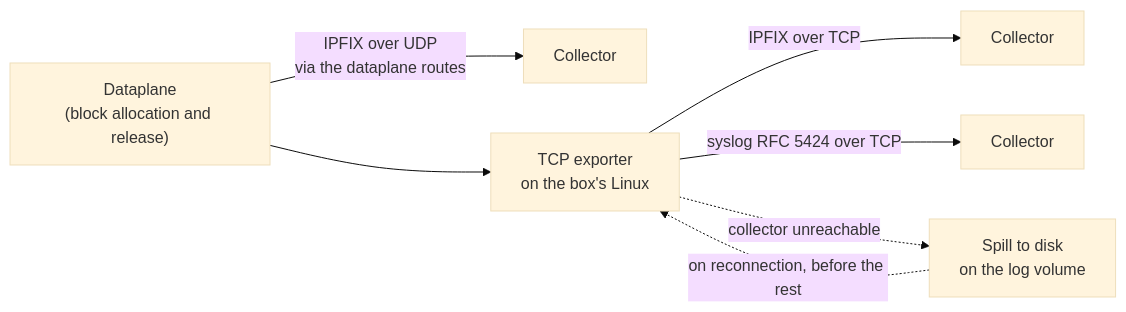
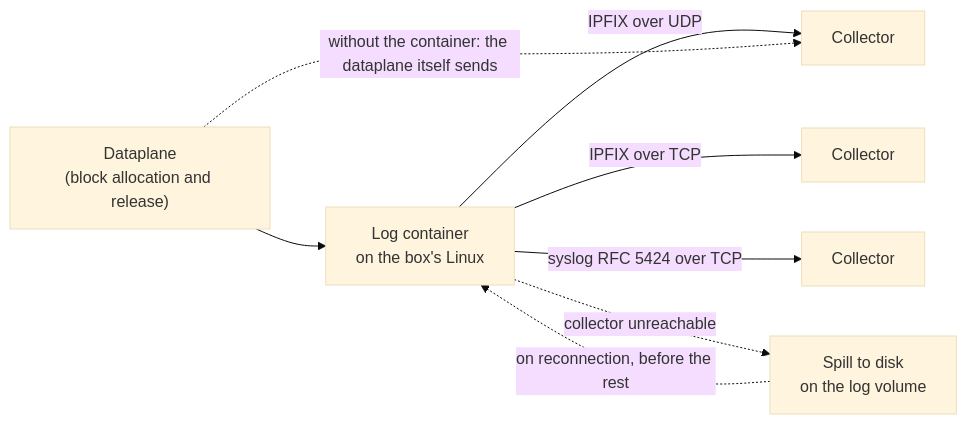
One commit to andrediashexa/prismarouting changed the first of 3 diagrams in wiki/operate/where-the-records-go-collector-transport-and-retention.md. Above: the diagram before and after it, drawn with Mermaid (base theme). The commit also changed other lines of this file and 101 other files, not shown here.

````diff
--- a/wiki/operate/where-the-records-go-collector-transport-and-retention.md
+++ b/wiki/operate/where-the-records-go-collector-transport-and-retention.md
@@ -21,9 +21,10 @@
 ```mermaid
 flowchart LR
-    DP["Dataplane<br/>(block allocation and release)"] -->|"IPFIX over UDP<br/>via the dataplane routes"| C1["Collector"]
-    DP --> EX["TCP exporter<br/>on the box's Linux"]
+    DP["Dataplane<br/>(block allocation and release)"] --> EX["Log container<br/>on the box's Linux"]
+    EX -->|"IPFIX over UDP"| C1["Collector"]
+    DP -.->|"without the container: the dataplane itself sends"| C1
     EX -->|"IPFIX over TCP"| C2["Collector"]
     EX -->|"syslog RFC 5424 over TCP"| C3["Collector"]
     EX -.->|"collector unreachable"| SP["Spill to disk<br/>on the log volume"]
     SP -.->|"on reconnection, before the rest"| EX
 ```
````
